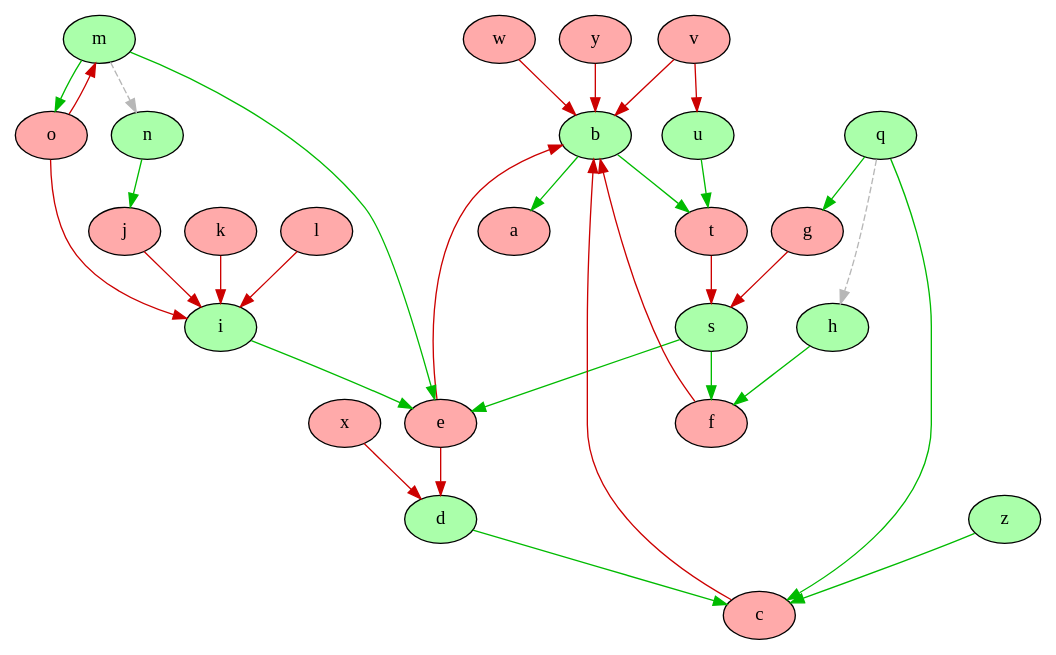
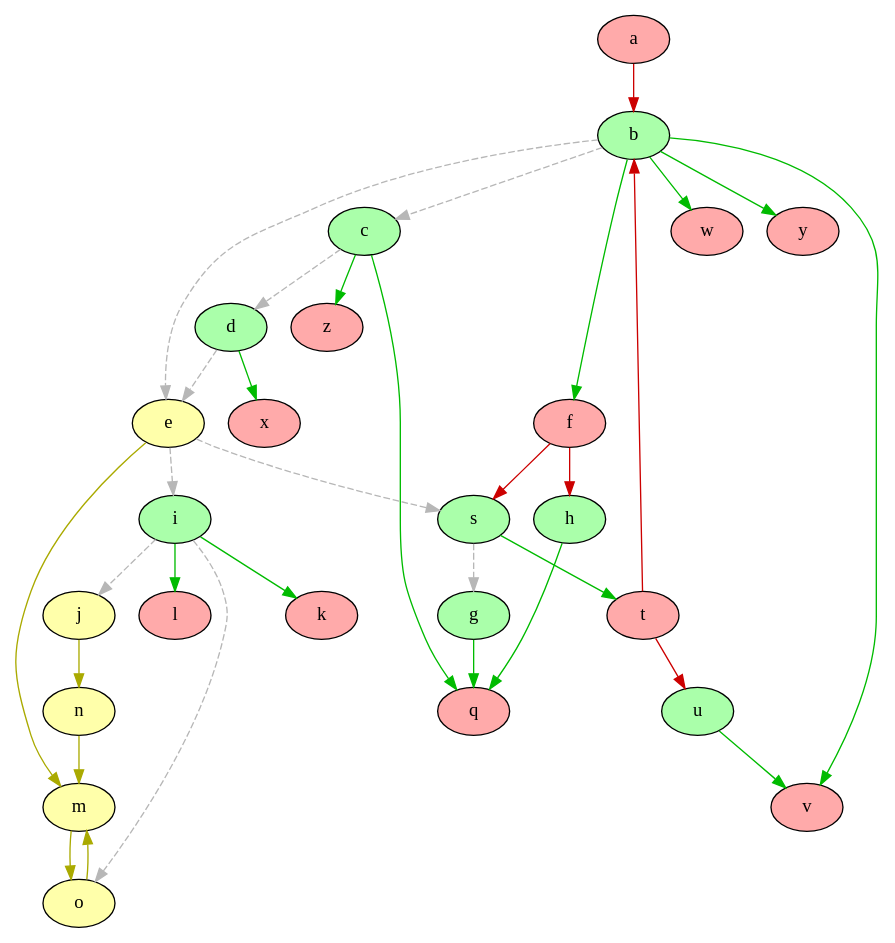
The diagram in XLoKR-2023/1-Vanilla_version/output/game_graph_colored.dot (idaks/Games-and-Argumentation), drawn with Graphviz before and after one commit. The commit also changed 25 other files, not shown here.

Commit message:
fix the input graph

```diff
--- a/XLoKR-2023/1-Vanilla_version/output/game_graph_colored.dot
+++ b/XLoKR-2023/1-Vanilla_version/output/game_graph_colored.dot
@@ -1,116 +1,123 @@
 strict digraph "" {
+	a	[fillcolor="#FFAAAA",
+		style=filled];
 	b	[fillcolor="#AAFFAA",
 		style=filled];
-	a	[fillcolor="#FFAAAA",
+	a -> b	[color="#CC0000",
+		dir=forward];
+	c	[fillcolor="#AAFFAA",
 		style=filled];
-	b -> a	[color="#00BB00",
+	b -> c	[color="#b7b7b7",
+		dir=forward,
+		style=dashed];
+	e	[fillcolor="#FFFFAA",
+		style=filled];
+	b -> e	[color="#b7b7b7",
+		dir=forward,
+		style=dashed];
+	f	[fillcolor="#FFAAAA",
+		style=filled];
+	b -> f	[color="#00BB00",
+		dir=forward];
+	v	[fillcolor="#FFAAAA",
+		style=filled];
+	b -> v	[color="#00BB00",
+		dir=forward];
+	w	[fillcolor="#FFAAAA",
+		style=filled];
+	b -> w	[color="#00BB00",
+		dir=forward];
+	y	[fillcolor="#FFAAAA",
+		style=filled];
+	b -> y	[color="#00BB00",
+		dir=forward];
+	d	[fillcolor="#AAFFAA",
+		style=filled];
+	c -> d	[color="#b7b7b7",
+		dir=forward,
+		style=dashed];
+	q	[fillcolor="#FFAAAA",
+		style=filled];
+	c -> q	[color="#00BB00",
+		dir=forward];
+	z	[fillcolor="#FFAAAA",
+		style=filled];
+	c -> z	[color="#00BB00",
+		dir=forward];
+	s	[fillcolor="#AAFFAA",
+		style=filled];
+	e -> s	[color="#b7b7b7",
+		dir=forward,
+		style=dashed];
+	i	[fillcolor="#AAFFAA",
+		style=filled];
+	e -> i	[color="#b7b7b7",
+		dir=forward,
+		style=dashed];
+	m	[fillcolor="#FFFFAA",
+		style=filled];
+	e -> m	[color="#AAAA00",
+		dir=forward];
+	f -> s	[color="#CC0000",
+		dir=forward];
+	h	[fillcolor="#AAFFAA",
+		style=filled];
+	f -> h	[color="#CC0000",
 		dir=forward];
 	t	[fillcolor="#FFAAAA",
 		style=filled];
-	b -> t	[color="#00BB00",
+	t -> b	[color="#CC0000",
 		dir=forward];
-	s	[fillcolor="#AAFFAA",
+	u	[fillcolor="#AAFFAA",
 		style=filled];
-	t -> s	[color="#CC0000",
+	t -> u	[color="#CC0000",
 		dir=forward];
-	e	[fillcolor="#FFAAAA",
+	u -> v	[color="#00BB00",
+		dir=forward];
+	d -> e	[color="#b7b7b7",
+		dir=forward,
+		style=dashed];
+	x	[fillcolor="#FFAAAA",
 		style=filled];
-	s -> e	[color="#00BB00",
+	d -> x	[color="#00BB00",
 		dir=forward];
-	f	[fillcolor="#FFAAAA",
+	s -> t	[color="#00BB00",
+		dir=forward];
+	g	[fillcolor="#AAFFAA",
 		style=filled];
-	s -> f	[color="#00BB00",
-		dir=forward];
-	c	[fillcolor="#FFAAAA",
+	s -> g	[color="#b7b7b7",
+		dir=forward,
+		style=dashed];
+	j	[fillcolor="#FFFFAA",
 		style=filled];
-	c -> b	[color="#CC0000",
-		dir=forward];
-	d	[fillcolor="#AAFFAA",
-		style=filled];
-	d -> c	[color="#00BB00",
-		dir=forward];
-	e -> b	[color="#CC0000",
-		dir=forward];
-	e -> d	[color="#CC0000",
-		dir=forward];
-	f -> b	[color="#CC0000",
-		dir=forward];
-	g	[fillcolor="#FFAAAA",
-		style=filled];
-	g -> s	[color="#CC0000",
-		dir=forward];
-	h	[fillcolor="#AAFFAA",
-		style=filled];
-	h -> f	[color="#00BB00",
-		dir=forward];
-	i	[fillcolor="#AAFFAA",
-		style=filled];
-	i -> e	[color="#00BB00",
-		dir=forward];
-	j	[fillcolor="#FFAAAA",
-		style=filled];
-	j -> i	[color="#CC0000",
-		dir=forward];
+	i -> j	[color="#b7b7b7",
+		dir=forward,
+		style=dashed];
 	k	[fillcolor="#FFAAAA",
 		style=filled];
-	k -> i	[color="#CC0000",
+	i -> k	[color="#00BB00",
 		dir=forward];
 	l	[fillcolor="#FFAAAA",
 		style=filled];
-	l -> i	[color="#CC0000",
+	i -> l	[color="#00BB00",
 		dir=forward];
-	m	[fillcolor="#AAFFAA",
+	o	[fillcolor="#FFFFAA",
 		style=filled];
-	m -> e	[color="#00BB00",
-		dir=forward];
-	o	[fillcolor="#FFAAAA",
-		style=filled];
-	m -> o	[color="#00BB00",
-		dir=forward];
-	n	[fillcolor="#AAFFAA",
-		style=filled];
-	m -> n	[color="#b7b7b7",
+	i -> o	[color="#b7b7b7",
 		dir=forward,
 		style=dashed];
-	o -> i	[color="#CC0000",
+	m -> o	[color="#AAAA00",
 		dir=forward];
-	o -> m	[color="#CC0000",
+	h -> q	[color="#00BB00",
 		dir=forward];
-	n -> j	[color="#00BB00",
+	g -> q	[color="#00BB00",
 		dir=forward];
-	q	[fillcolor="#AAFFAA",
+	n	[fillcolor="#FFFFAA",
 		style=filled];
-	q -> c	[color="#00BB00",
+	j -> n	[color="#AAAA00",
 		dir=forward];
-	q -> g	[color="#00BB00",
+	o -> m	[color="#AAAA00",
 		dir=forward];
-	q -> h	[color="#b7b7b7",
-		dir=forward,
-		style=dashed];
-	u	[fillcolor="#AAFFAA",
-		style=filled];
-	u -> t	[color="#00BB00",
-		dir=forward];
-	v	[fillcolor="#FFAAAA",
-		style=filled];
-	v -> b	[color="#CC0000",
-		dir=forward];
-	v -> u	[color="#CC0000",
-		dir=forward];
-	w	[fillcolor="#FFAAAA",
-		style=filled];
-	w -> b	[color="#CC0000",
-		dir=forward];
-	x	[fillcolor="#FFAAAA",
-		style=filled];
-	x -> d	[color="#CC0000",
-		dir=forward];
-	y	[fillcolor="#FFAAAA",
-		style=filled];
-	y -> b	[color="#CC0000",
-		dir=forward];
-	z	[fillcolor="#AAFFAA",
-		style=filled];
-	z -> c	[color="#00BB00",
+	n -> m	[color="#AAAA00",
 		dir=forward];
 }
```
